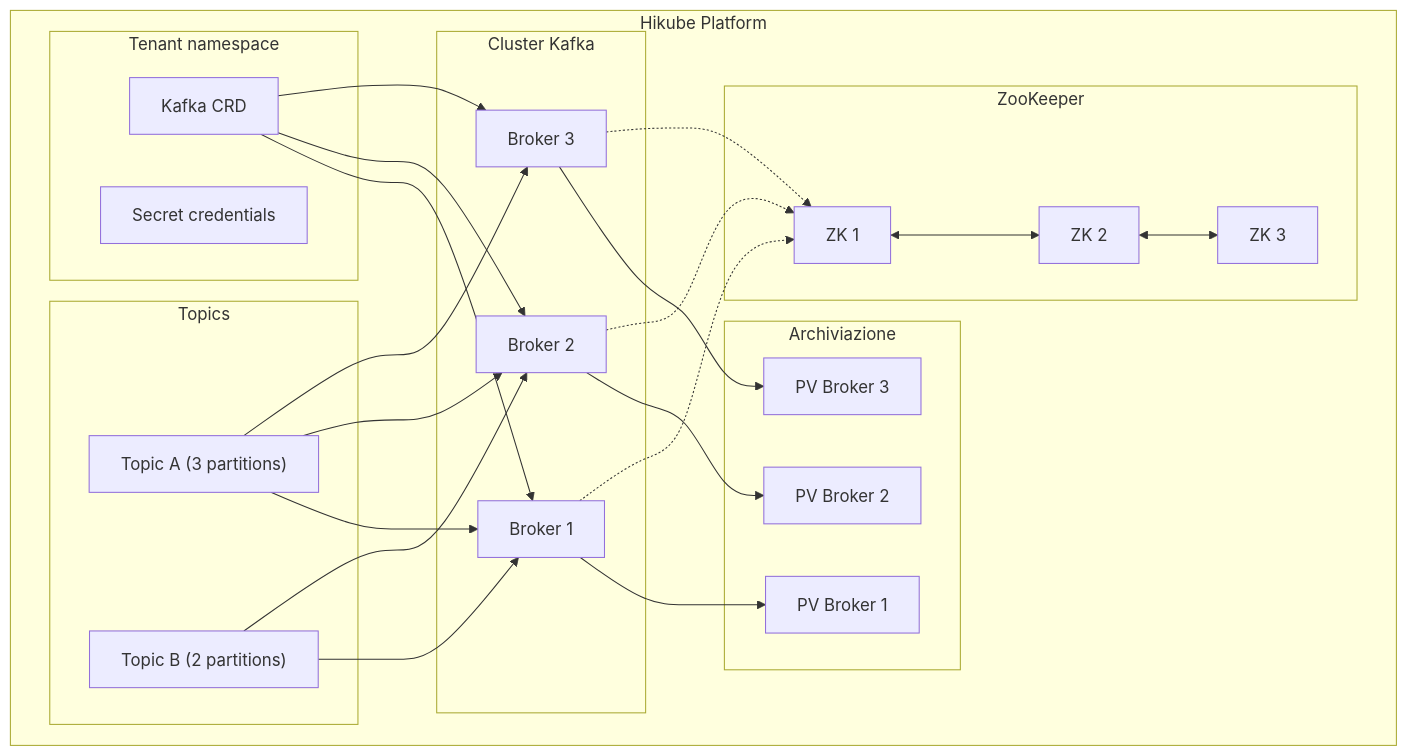
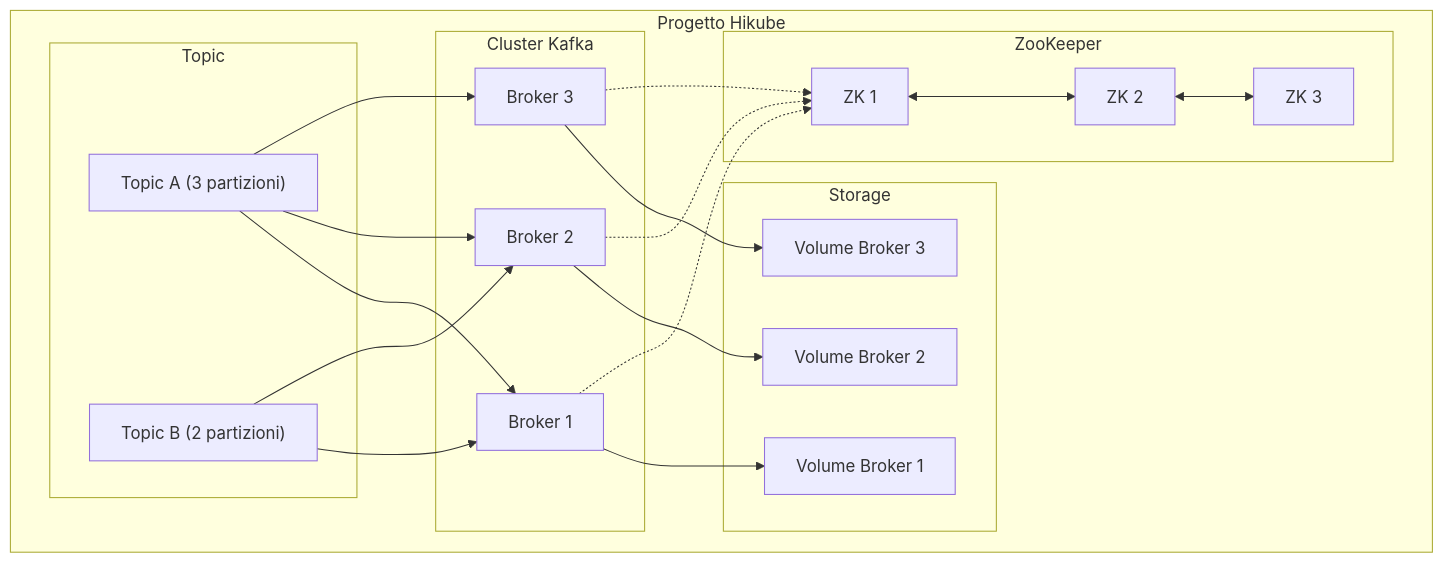
The first of 2 diagrams in i18n/it/docusaurus-plugin-content-docs/current/services/messaging/kafka/concepts.md (HidoraSwiss/hikube-public-doc), drawn with Mermaid before and after one commit. The commit also changed other lines of this file and 148 other files, not shown here.

````diff
--- a/i18n/it/docusaurus-plugin-content-docs/current/services/messaging/kafka/concepts.md
+++ b/i18n/it/docusaurus-plugin-content-docs/current/services/messaging/kafka/concepts.md
@@ -12,49 +17,41 @@
 ```mermaid
 graph TB
-    subgraph "Hikube Platform"
-        subgraph "Tenant namespace"
-            CR[Kafka CRD]
-            SEC[Secret credentials]
-        end
-
+    subgraph "Progetto Hikube"
         subgraph "Cluster Kafka"
             B1[Broker 1]
             B2[Broker 2]
             B3[Broker 3]
         end
 
         subgraph "ZooKeeper"
             Z1[ZK 1]
             Z2[ZK 2]
             Z3[ZK 3]
         end
 
-        subgraph "Topics"
-            T1["Topic A (3 partitions)"]
-            T2["Topic B (2 partitions)"]
+        subgraph "Topic"
+            T1["Topic A (3 partizioni)"]
+            T2["Topic B (2 partizioni)"]
         end
 
-        subgraph "Archiviazione"
-            PV1[PV Broker 1]
-            PV2[PV Broker 2]
-            PV3[PV Broker 3]
+        subgraph "Storage"
+            PV1[Volume Broker 1]
+            PV2[Volume Broker 2]
+            PV3[Volume Broker 3]
         end
     end
 
-    CR --> B1
-    CR --> B2
-    CR --> B3
     B1 --> PV1
     B2 --> PV2
     B3 --> PV3
     Z1 <--> Z2
     Z2 <--> Z3
     B1 -.-> Z1
     B2 -.-> Z1
     B3 -.-> Z1
     T1 --> B1
     T1 --> B2
     T1 --> B3
     T2 --> B1
     T2 --> B2
 ```
````
